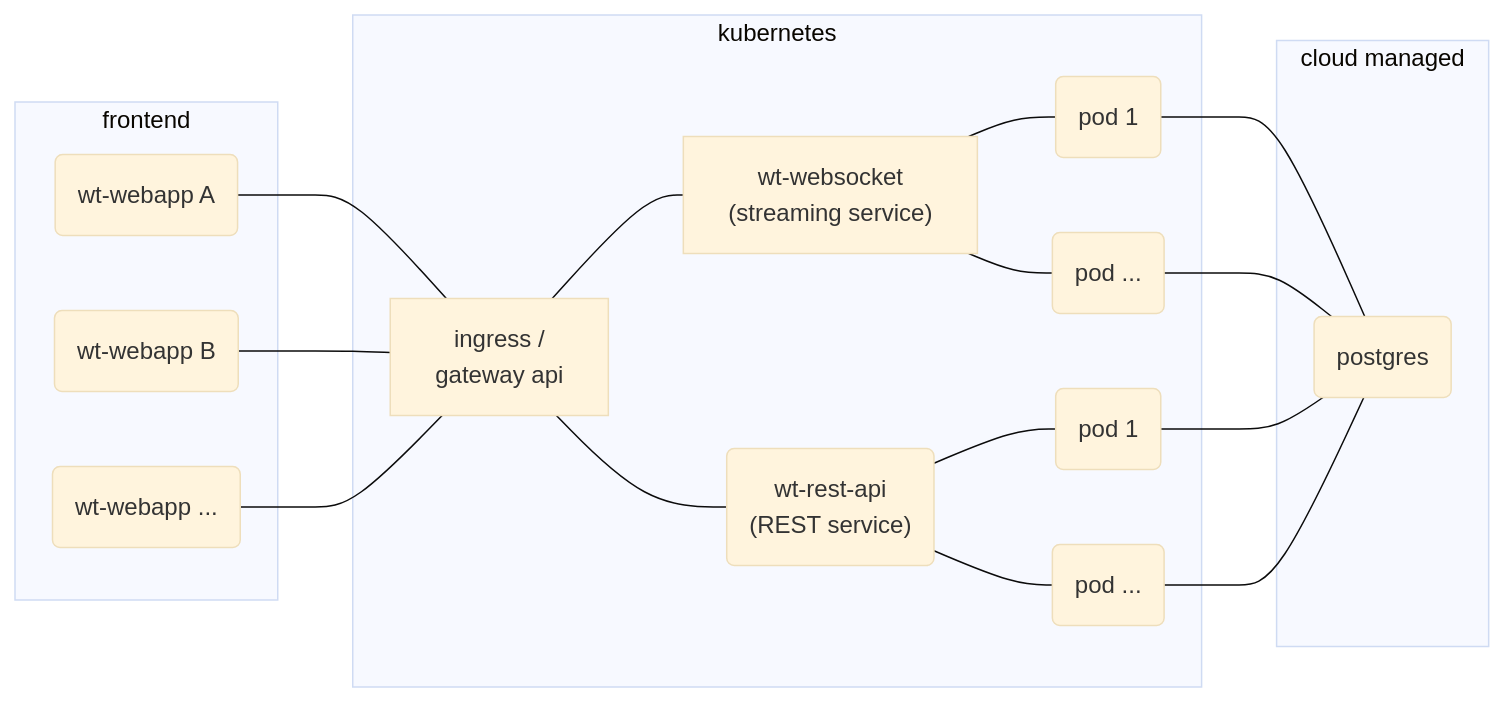
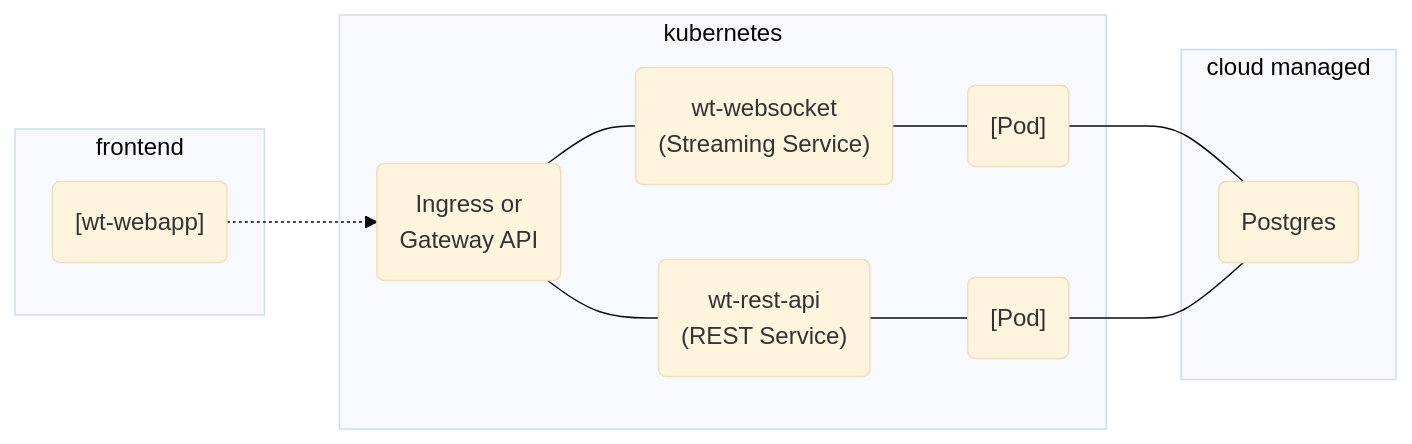
The third of 3 diagrams in README.md (whisperpine/walkie-talkie), drawn with Mermaid (base theme) before and after one commit. The commit also changed other lines of this file, not shown here.

````diff
--- a/README.md
+++ b/README.md
@@ -50,40 +89,30 @@
 ```mermaid
 flowchart LR
   subgraph frontend
-    webapp_a("wt-webapp A")
-    webapp_b("wt-webapp B")
-    webapp_c("wt-webapp ...")
+    webapp("[wt-webapp]")
   end
 
-  webapp_a --- gateway
-  webapp_b --- gateway
-  webapp_c --- gateway
+  webapp -.-> gateway
 
   subgraph kubernetes
-    gateway["ingress /<br>gateway api"]
-    wc["wt-websocket<br>(streaming service)"]
-    restapi("wt-rest-api<br>(REST service)")
-    wc_pod_a("pod 1")
-    wc_pod_b("pod ...")
-    restapi_pod_a("pod 1")
-    restapi_pod_b("pod ...")
+    gateway("Ingress or<br>Gateway API")
+    wc("wt-websocket<br>(Streaming Service)")
+    restapi("wt-rest-api<br>(REST Service)")
+    wc_pod("[Pod]")
+    restapi_pod("[Pod]")
 
     gateway --- wc
     gateway --- restapi
 
-    wc --- wc_pod_a
-    wc --- wc_pod_b
+    wc --- wc_pod
 
-    restapi --- restapi_pod_a
-    restapi --- restapi_pod_b
+    restapi --- restapi_pod
   end
 
-  wc_pod_a --- db
-  wc_pod_b --- db
-  restapi_pod_a --- db
-  restapi_pod_b --- db
+  wc_pod --- db
+  restapi_pod --- db
 
   subgraph cloud managed
-    db("postgres")
+    db("Postgres")
   end
 ```
````
